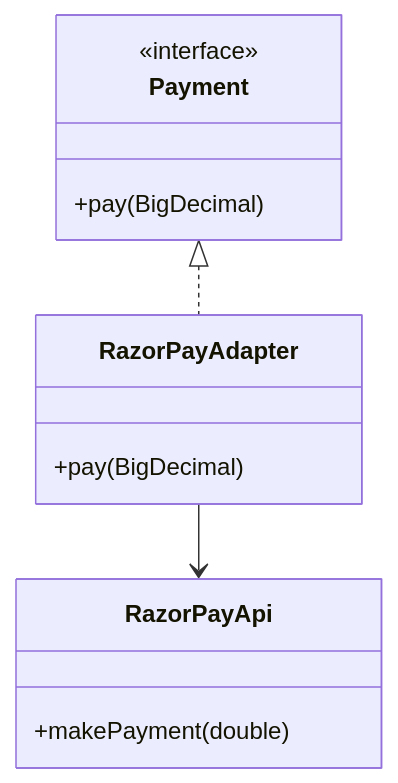
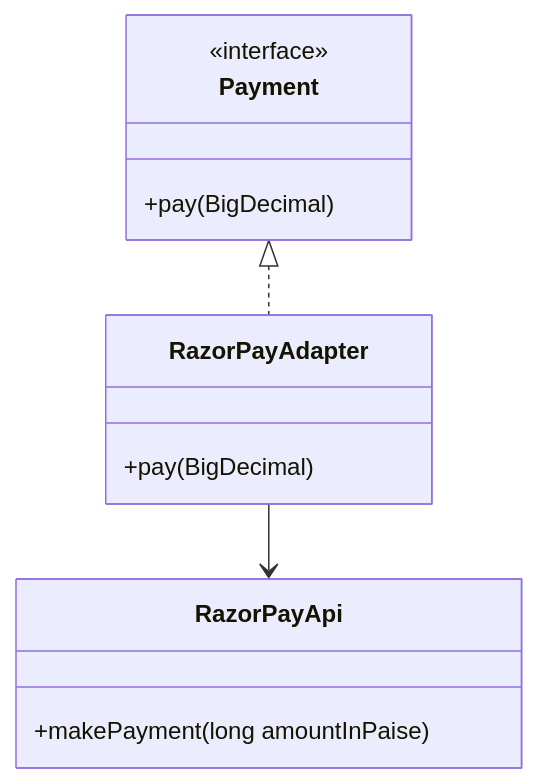
Before and after one commit to ft-abhishekgupta/interview-prep-suite: the first of 5 diagrams in src/content/lld/02-design-patterns/02-structural-patterns.md, drawn with Mermaid. The commit also changed other lines of this file and 307 other files, not shown here.

````diff
--- a/src/content/lld/02-design-patterns/02-structural-patterns.md
+++ b/src/content/lld/02-design-patterns/02-structural-patterns.md
@@ -14,15 +14,15 @@
 ```mermaid
 classDiagram
     class Payment {
         <<interface>>
         +pay(BigDecimal)
     }
     class RazorPayAdapter {
         +pay(BigDecimal)
     }
     class RazorPayApi {
-        +makePayment(double)
+        +makePayment(long amountInPaise)
     }
     Payment <|.. RazorPayAdapter
     RazorPayAdapter --> RazorPayApi
 ```
````
